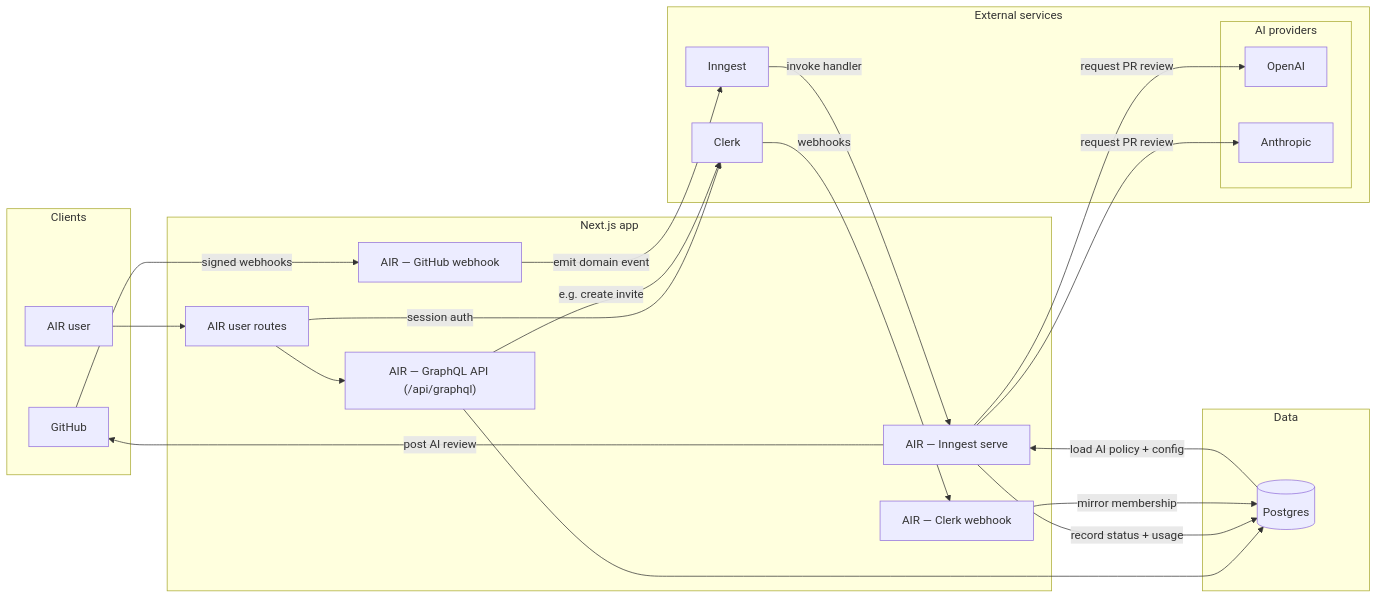
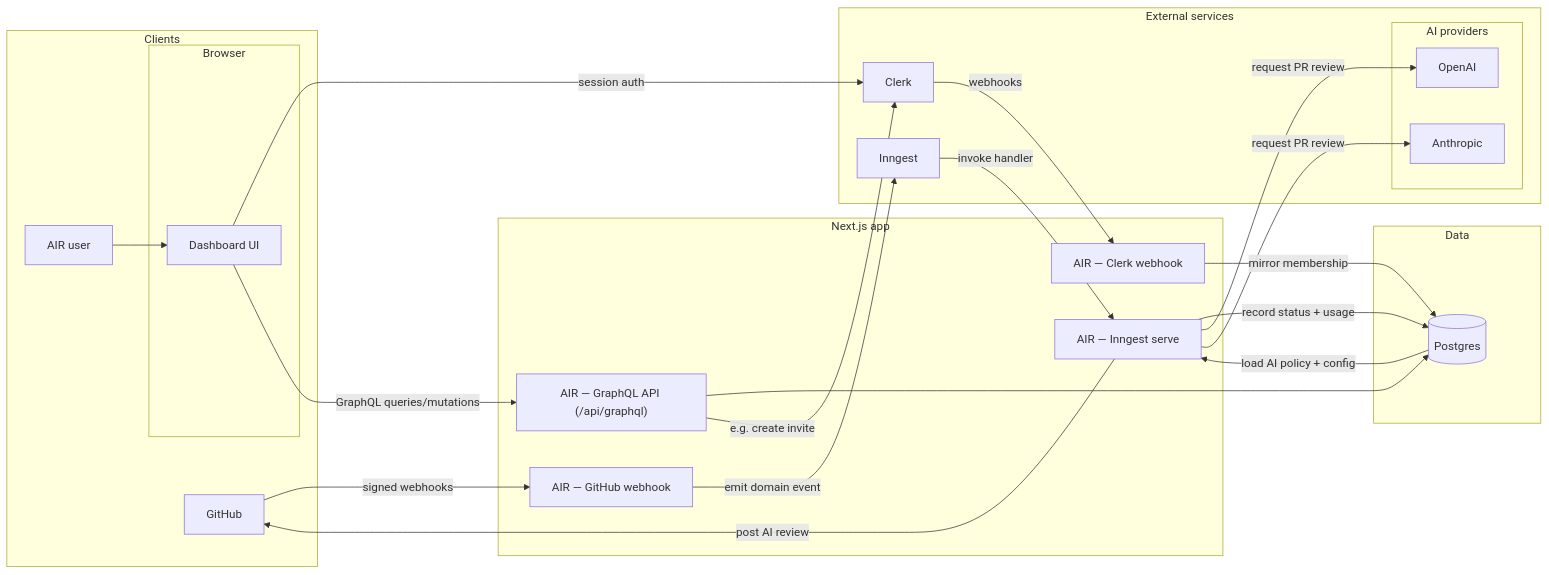
Before and after one commit to kworam-self/AIR: the first of 3 diagrams in docs/system-architecture.md, drawn with Mermaid. The commit also changed other lines of this file, not shown here.

Commit message:
docs: clarify browser vs Next.js in architecture diagram
- Add explicit Browser subgraph with Dashboard UI.
- Show browser calling /api/graphql directly.
- Update diagram notes accordingly.

Made-with: Cursor

````diff
--- a/docs/system-architecture.md
+++ b/docs/system-architecture.md
@@ -9,46 +9,48 @@
 ```mermaid
 flowchart LR
   subgraph clients [Clients]
     GH[GitHub]
     AirUser[AIR user]
+    subgraph browser [Browser]
+      UI[Dashboard UI]
+    end
   end
 
   subgraph next [Next.js app]
-    AIRRoutes[AIR user routes]
     WH["AIR — GitHub webhook"]
     CW["AIR — Clerk webhook"]
     INH["AIR — Inngest serve"]
     GQL["AIR — GraphQL API (/api/graphql)"]
   end
 
   subgraph services [External services]
     Clerk[Clerk]
     Inngest[Inngest]
     subgraph ai [AI providers]
       OAI[OpenAI]
       ANT[Anthropic]
     end
   end
 
   subgraph data [Data]
     DB[(Postgres)]
   end
 
-  AirUser --> AIRRoutes
-  AIRRoutes -->|session auth| Clerk
-  AIRRoutes --> GQL
+  AirUser --> UI
+  UI -->|session auth| Clerk
+  UI -->|GraphQL queries/mutations| GQL
   GQL --> DB
   GQL -->|e.g. create invite| Clerk
 
   GH -->|signed webhooks| WH
   WH -->|emit domain event| Inngest
   Inngest -->|invoke handler| INH
   DB -->|load AI policy + config| INH
   INH -->|record status + usage| DB
   INH -->|request PR review| OAI
   INH -->|request PR review| ANT
   INH -->|post AI review| GH
 
   Clerk -->|webhooks| CW
   CW -->|mirror membership| DB
 ```
````
